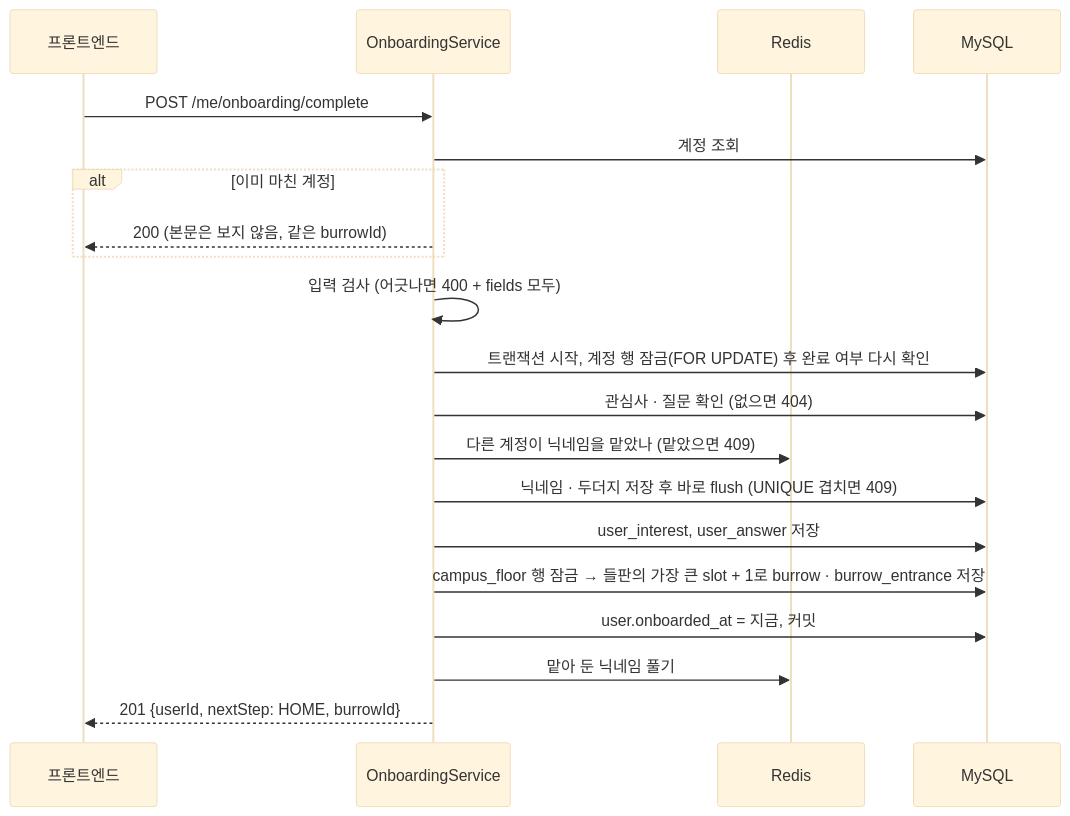
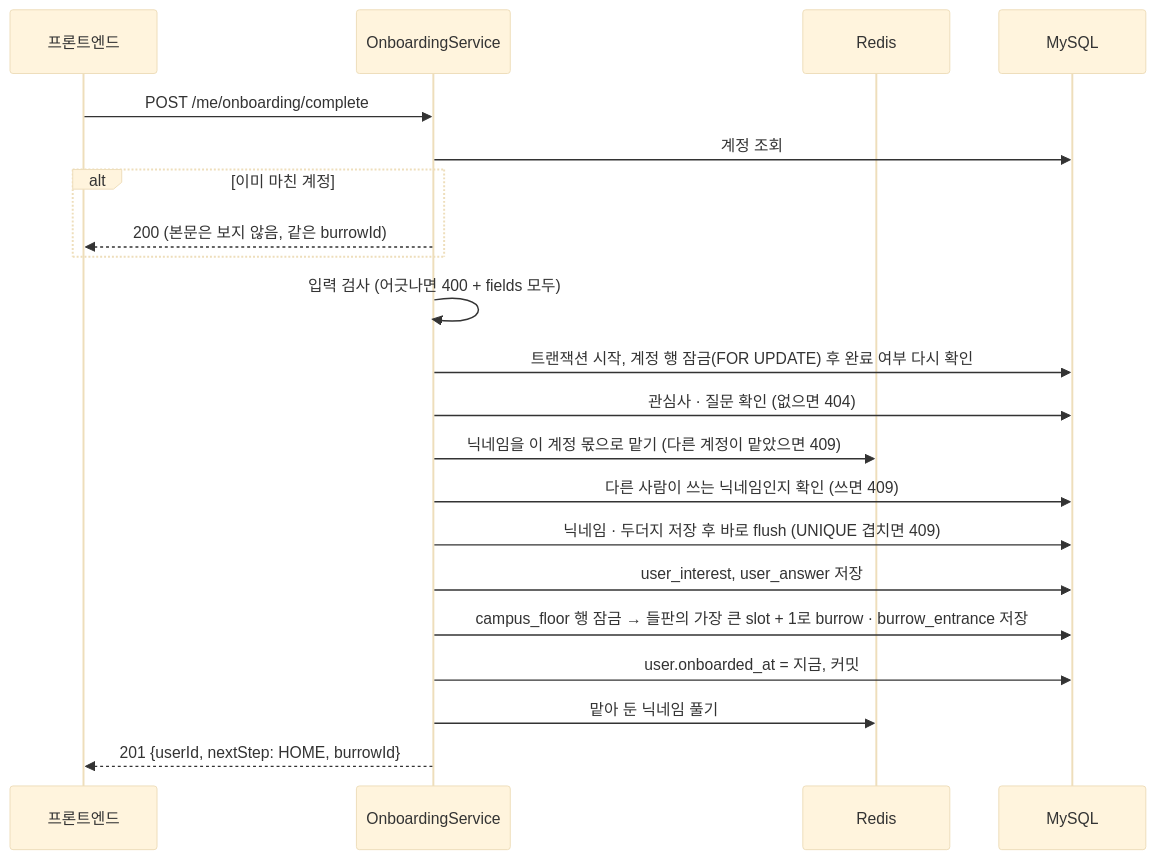
One commit to it-ting-team/it-ting changed the second of 3 diagrams in docs/work/KAN-44.md. Above: the diagram before and after it, drawn with Mermaid (base theme). The commit also changed other lines of this file and 1 other file, not shown here.

````diff
--- a/docs/work/KAN-44.md
+++ b/docs/work/KAN-44.md
@@ -99,22 +99,23 @@
 ```mermaid
 sequenceDiagram
     participant FE as 프론트엔드
     participant API as OnboardingService
     participant R as Redis
     participant DB as MySQL
     FE->>API: POST /me/onboarding/complete
     API->>DB: 계정 조회
     alt 이미 마친 계정
         API-->>FE: 200 (본문은 보지 않음, 같은 burrowId)
     end
     API->>API: 입력 검사 (어긋나면 400 + fields 모두)
     API->>DB: 트랜잭션 시작, 계정 행 잠금(FOR UPDATE) 후 완료 여부 다시 확인
     API->>DB: 관심사 · 질문 확인 (없으면 404)
-    API->>R: 다른 계정이 닉네임을 맡았나 (맡았으면 409)
+    API->>R: 닉네임을 이 계정 몫으로 맡기 (다른 계정이 맡았으면 409)
+    API->>DB: 다른 사람이 쓰는 닉네임인지 확인 (쓰면 409)
     API->>DB: 닉네임 · 두더지 저장 후 바로 flush (UNIQUE 겹치면 409)
     API->>DB: user_interest, user_answer 저장
     API->>DB: campus_floor 행 잠금 → 들판의 가장 큰 slot + 1로 burrow · burrow_entrance 저장
     API->>DB: user.onboarded_at = 지금, 커밋
     API->>R: 맡아 둔 닉네임 풀기
     API-->>FE: 201 {userId, nextStep: HOME, burrowId}
 ```
````
